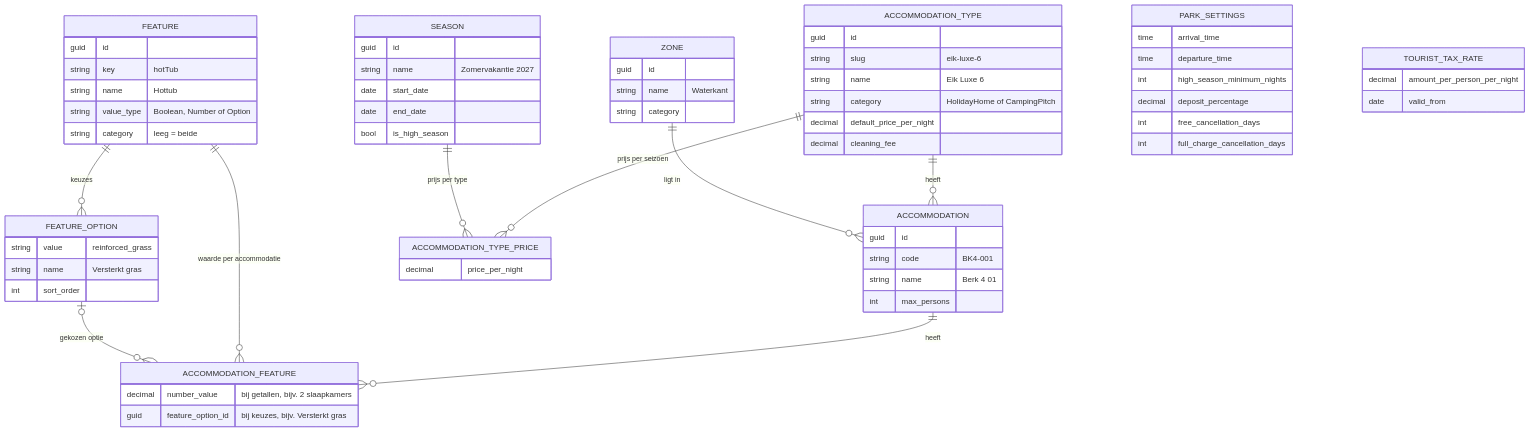
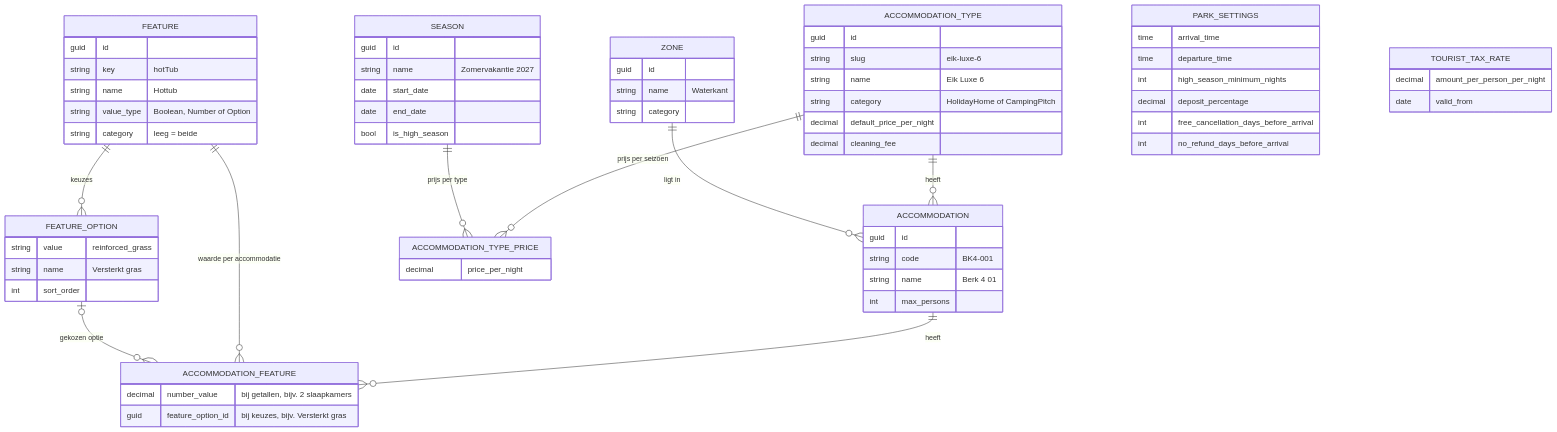
One commit to GC-Group-5/Examenopdracht-Vakantiepark changed the diagram in docs/datamodel.md. Above: the diagram before and after it, drawn with Mermaid. The commit also changed 15 other files, not shown here.

````diff
--- a/docs/datamodel.md
+++ b/docs/datamodel.md
@@ -5,69 +5,69 @@
 ```mermaid
 erDiagram
     ACCOMMODATION_TYPE ||--o{ ACCOMMODATION : "heeft"
     ZONE ||--o{ ACCOMMODATION : "ligt in"
     ACCOMMODATION ||--o{ ACCOMMODATION_FEATURE : "heeft"
     FEATURE ||--o{ ACCOMMODATION_FEATURE : "waarde per accommodatie"
     FEATURE ||--o{ FEATURE_OPTION : "keuzes"
     FEATURE_OPTION |o--o{ ACCOMMODATION_FEATURE : "gekozen optie"
     ACCOMMODATION_TYPE ||--o{ ACCOMMODATION_TYPE_PRICE : "prijs per seizoen"
     SEASON ||--o{ ACCOMMODATION_TYPE_PRICE : "prijs per type"
 
     ACCOMMODATION_TYPE {
         guid id
         string slug "eik-luxe-6"
         string name "Eik Luxe 6"
         string category "HolidayHome of CampingPitch"
         decimal default_price_per_night
         decimal cleaning_fee
     }
     ACCOMMODATION {
         guid id
         string code "BK4-001"
         string name "Berk 4 01"
         int max_persons
     }
     ACCOMMODATION_FEATURE {
         decimal number_value "bij getallen, bijv. 2 slaapkamers"
         guid feature_option_id "bij keuzes, bijv. Versterkt gras"
     }
     FEATURE_OPTION {
         string value "reinforced_grass"
         string name "Versterkt gras"
         int sort_order
     }
     ZONE {
         guid id
         string name "Waterkant"
         string category
     }
     FEATURE {
         guid id
         string key "hotTub"
         string name "Hottub"
         string value_type "Boolean, Number of Option"
         string category "leeg = beide"
     }
     SEASON {
         guid id
         string name "Zomervakantie 2027"
         date start_date
         date end_date
         bool is_high_season
     }
     ACCOMMODATION_TYPE_PRICE {
         decimal price_per_night
     }
     PARK_SETTINGS {
         time arrival_time
         time departure_time
         int high_season_minimum_nights
         decimal deposit_percentage
-        int free_cancellation_days
-        int full_charge_cancellation_days
+        int free_cancellation_days_before_arrival
+        int no_refund_days_before_arrival
     }
     TOURIST_TAX_RATE {
         decimal amount_per_person_per_night
         date valid_from
     }
 ```
````
